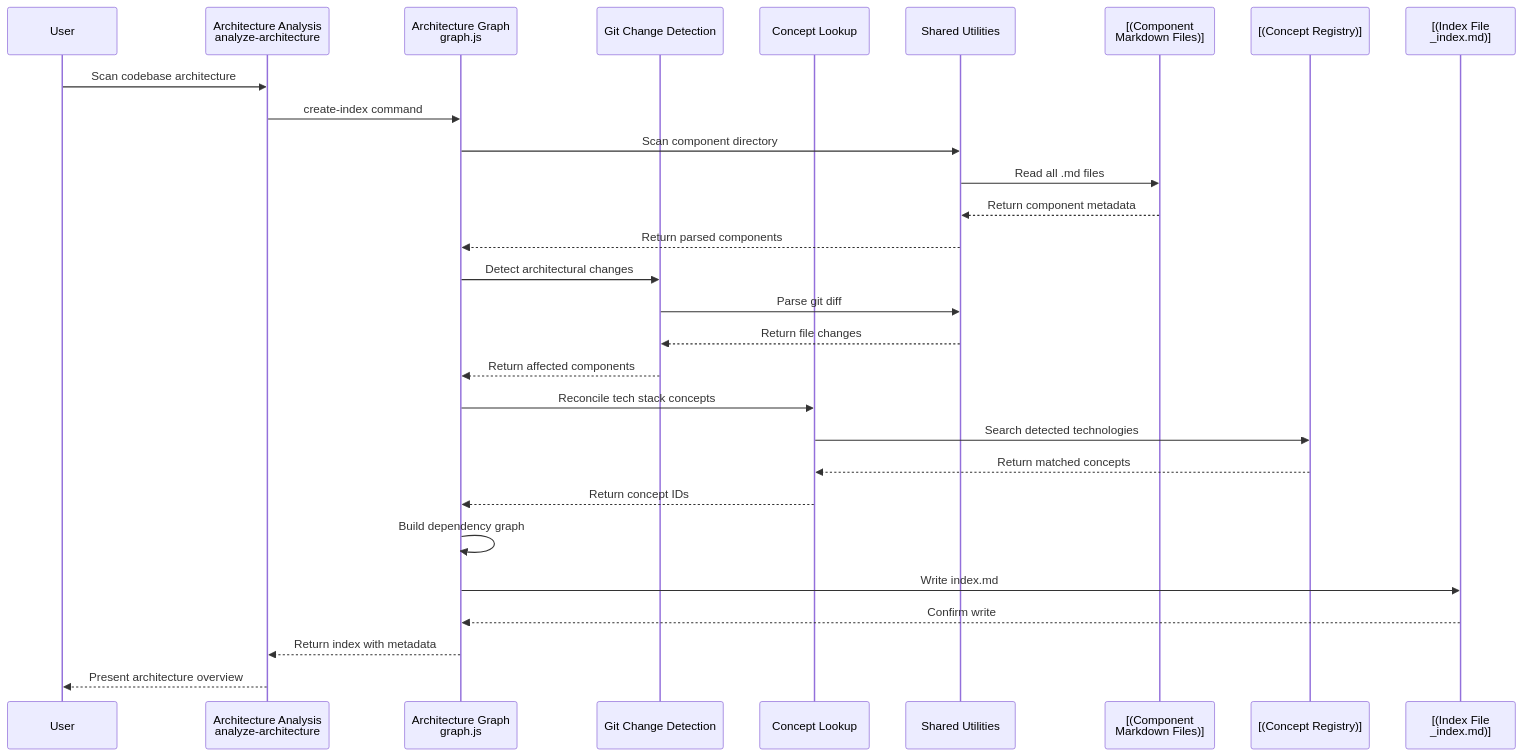
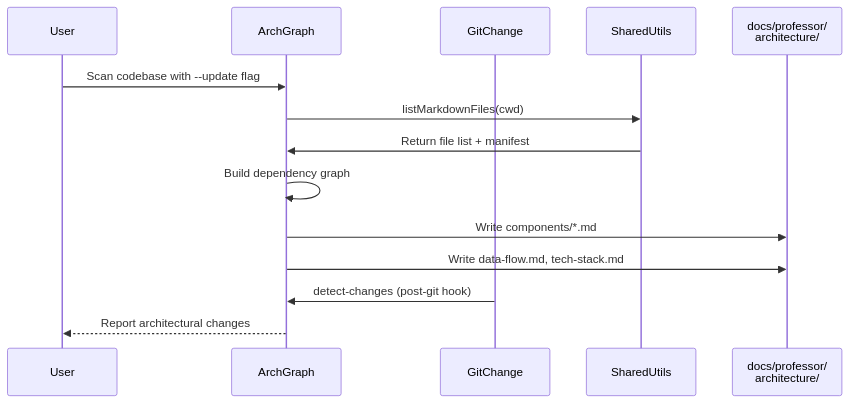
Before and after one commit to theadityamittal/claude-professor: the third of 4 diagrams in docs/professor/architecture/data-flow.md, drawn with Mermaid. The commit also changed other lines of this file and 16 other files, not shown here.

First line of the commit message:
docs: regenerate architecture for v4.0.0

````diff
--- a/docs/professor/architecture/data-flow.md
+++ b/docs/professor/architecture/data-flow.md
@@ -135,36 +104,17 @@
 ```mermaid
 sequenceDiagram
     participant User
-    participant AnalysisSkill as Architecture Analysis<br/>analyze-architecture
-    participant ArchGraph as Architecture Graph<br/>graph.js
-    participant GitDetect as Git Change Detection
-    participant ConceptLookup as Concept Lookup
-    participant SharedUtils as Shared Utilities
-    participant ComponentFiles as [(Component<br/>Markdown Files)]
-    participant ConceptRegistry as [(Concept Registry)]
-    participant IndexFile as [(Index File<br/>_index.md)]
+    participant ArchGraph
+    participant GitChange
+    participant SharedUtils
+    participant ArchDir as docs/professor/<br/>architecture/
     
-    User->>AnalysisSkill: Scan codebase architecture
-    AnalysisSkill->>ArchGraph: create-index command
-    ArchGraph->>SharedUtils: Scan component directory
-    SharedUtils->>ComponentFiles: Read all .md files
-    ComponentFiles-->>SharedUtils: Return component metadata
-    SharedUtils-->>ArchGraph: Return parsed components
-    
-    ArchGraph->>GitDetect: Detect architectural changes
-    GitDetect->>SharedUtils: Parse git diff
-    SharedUtils-->>GitDetect: Return file changes
-    GitDetect-->>ArchGraph: Return affected components
-    
-    ArchGraph->>ConceptLookup: Reconcile tech stack concepts
-    ConceptLookup->>ConceptRegistry: Search detected technologies
-    ConceptRegistry-->>ConceptLookup: Return matched concepts
-    ConceptLookup-->>ArchGraph: Return concept IDs
-    
+    User->>ArchGraph: Scan codebase with --update flag
+    ArchGraph->>SharedUtils: listMarkdownFiles(cwd)
+    SharedUtils->>ArchGraph: Return file list + manifest
     ArchGraph->>ArchGraph: Build dependency graph
-    ArchGraph->>IndexFile: Write index.md
-    IndexFile-->>ArchGraph: Confirm write
-    
-    ArchGraph-->>AnalysisSkill: Return index with metadata
-    AnalysisSkill-->>User: Present architecture overview
+    ArchGraph->>ArchDir: Write components/*.md
+    ArchGraph->>ArchDir: Write data-flow.md, tech-stack.md
+    GitChange->>ArchGraph: detect-changes (post-git hook)
+    ArchGraph-->>User: Report architectural changes
 ```
````
